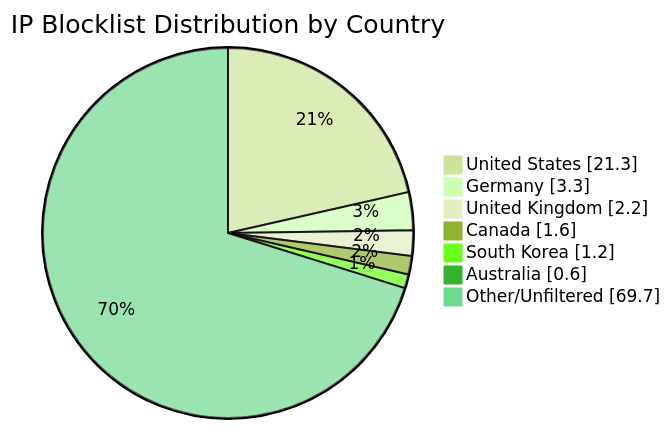
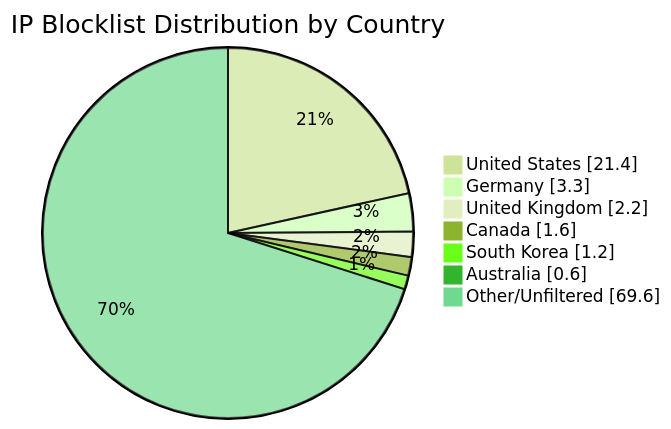
One commit to MarcusHoltz/ipblocklist-geofiltered-aggregator changed the diagram in README.md. Above: the diagram before and after it, drawn with Mermaid (forest theme). The commit also changed other lines of this file and 9 other files, not shown here.

````diff
--- a/README.md
+++ b/README.md
@@ -34,10 +34,10 @@
 ```mermaid
 pie showData title IP Blocklist Distribution by Country
-"United States" : 21.3
+"United States" : 21.4
 "Germany" : 3.3
 "United Kingdom" : 2.2
 "Canada" : 1.6
 "South Korea" : 1.2
 "Australia" : 0.6
-"Other/Unfiltered" : 69.7
+"Other/Unfiltered" : 69.6
 ```
````
